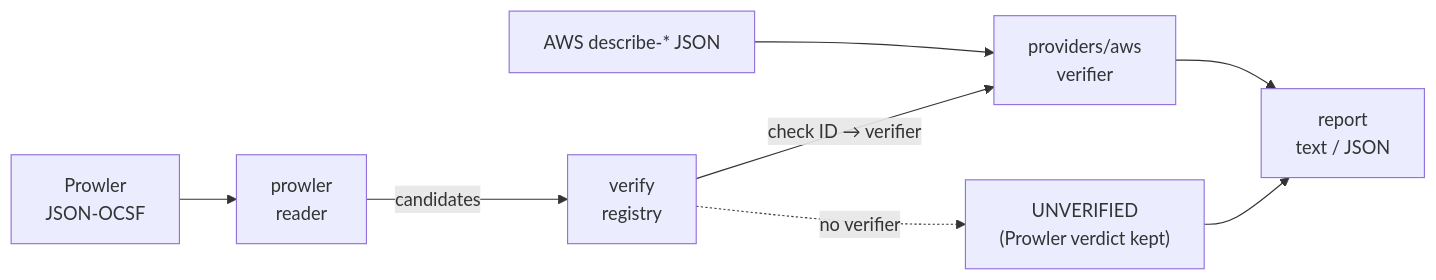
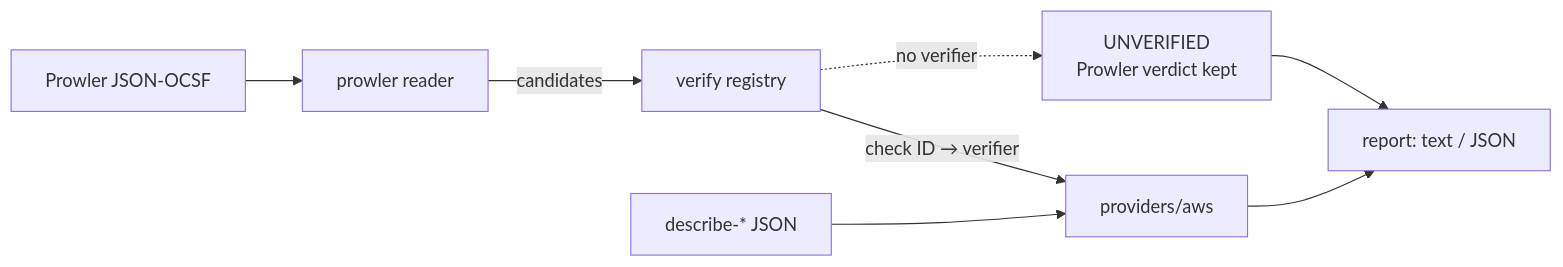
The second of 3 diagrams in README.md (jnathangreeg/cloud-scanner-task), drawn with Mermaid before and after one commit. The commit also changed other lines of this file, not shown here.

````diff
--- a/README.md
+++ b/README.md
@@ -90,10 +83,10 @@
 ```mermaid
 flowchart LR
-    P["Prowler<br/>JSON-OCSF"] --> PR["prowler<br/>reader"]
-    PR -- candidates --> V["verify<br/>registry"]
-    I["AWS describe-* JSON"] --> AWS["providers/aws<br/>verifier"]
-    V -- "check ID → verifier" --> AWS
-    V -. "no verifier" .-> UV["UNVERIFIED<br/>(Prowler verdict kept)"]
-    AWS --> RP["report<br/>text / JSON"]
+    P["Prowler JSON-OCSF"] --> PR["prowler reader"]
+    PR -- candidates --> V["verify registry"]
+    V -- "check ID → verifier" --> AWS["providers/aws"]
+    I["describe-* JSON"] --> AWS
+    V -. "no verifier" .-> UV["UNVERIFIED<br/>Prowler verdict kept"]
+    AWS --> RP["report: text / JSON"]
     UV --> RP
 ```
````
